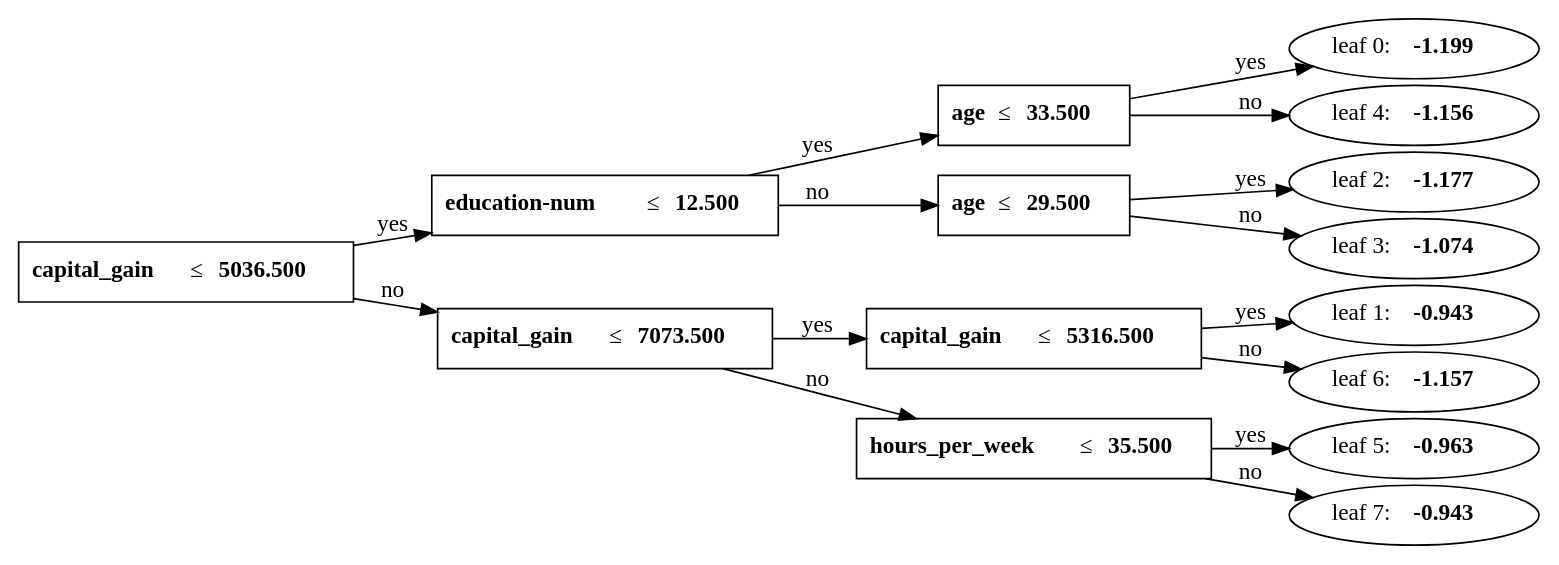
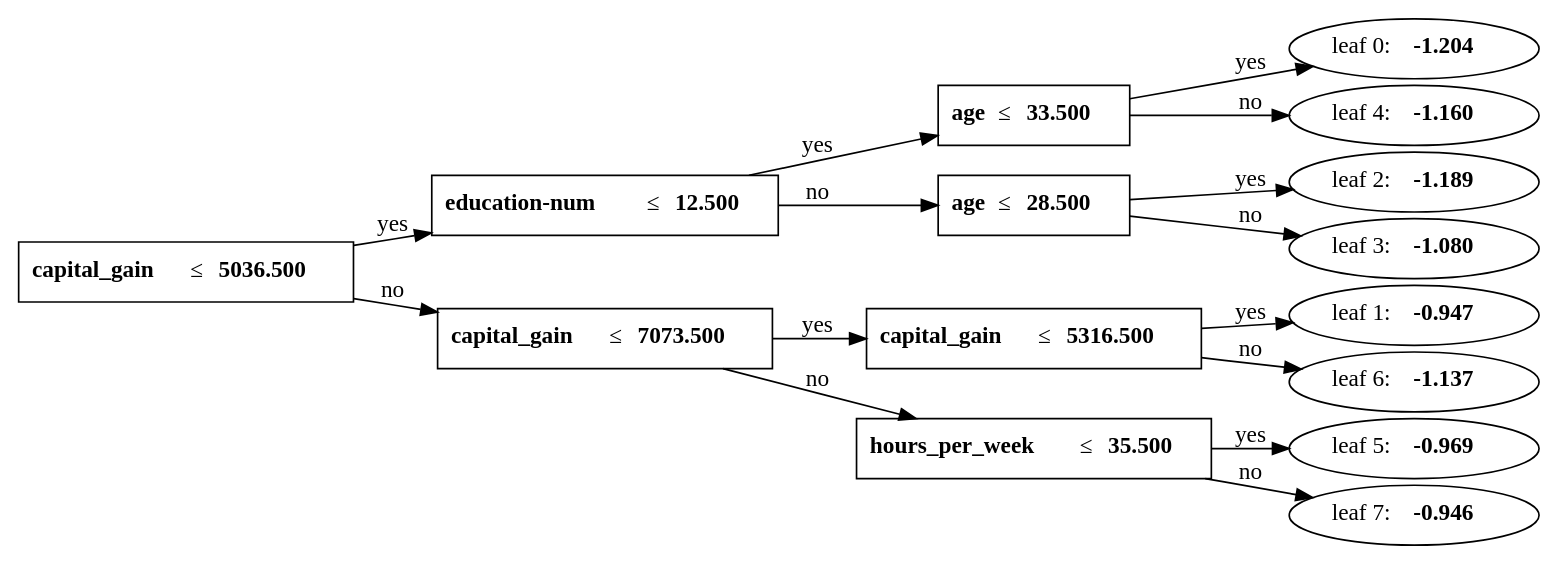
One commit to nrivas2017/HaHa-FakeNews changed the diagram in Example LightGBM/Digraph.gv. Above: the diagram before and after it, drawn with Graphviz. The commit also changed 2 other files, not shown here.

Commit message:
Diagrama de dispersion
Aplicado a solo una noticia por ahora

```diff
--- a/Example LightGBM/Digraph.gv
+++ b/Example LightGBM/Digraph.gv
@@ -1,32 +1,32 @@
 digraph {
 	graph [nodesep=0.05 rankdir=LR ranksep=0.3]
 	split0 [label=<<B>capital_gain</B> &#8804;<B>5036.500</B>> fillcolor=white shape=rectangle style=""]
 	split1 [label=<<B>education-num</B> &#8804;<B>12.500</B>> fillcolor=white shape=rectangle style=""]
 	split3 [label=<<B>age</B> &#8804;<B>33.500</B>> fillcolor=white shape=rectangle style=""]
-	leaf0 [label=<leaf 0: <B>-1.199</B>>]
+	leaf0 [label=<leaf 0: <B>-1.204</B>>]
 	split3 -> leaf0 [label=yes]
-	leaf4 [label=<leaf 4: <B>-1.156</B>>]
+	leaf4 [label=<leaf 4: <B>-1.160</B>>]
 	split3 -> leaf4 [label=no]
 	split1 -> split3 [label=yes]
-	split2 [label=<<B>age</B> &#8804;<B>29.500</B>> fillcolor=white shape=rectangle style=""]
-	leaf2 [label=<leaf 2: <B>-1.177</B>>]
+	split2 [label=<<B>age</B> &#8804;<B>28.500</B>> fillcolor=white shape=rectangle style=""]
+	leaf2 [label=<leaf 2: <B>-1.189</B>>]
 	split2 -> leaf2 [label=yes]
-	leaf3 [label=<leaf 3: <B>-1.074</B>>]
+	leaf3 [label=<leaf 3: <B>-1.080</B>>]
 	split2 -> leaf3 [label=no]
 	split1 -> split2 [label=no]
 	split0 -> split1 [label=yes]
 	split4 [label=<<B>capital_gain</B> &#8804;<B>7073.500</B>> fillcolor=white shape=rectangle style=""]
 	split5 [label=<<B>capital_gain</B> &#8804;<B>5316.500</B>> fillcolor=white shape=rectangle style=""]
-	leaf1 [label=<leaf 1: <B>-0.943</B>>]
+	leaf1 [label=<leaf 1: <B>-0.947</B>>]
 	split5 -> leaf1 [label=yes]
-	leaf6 [label=<leaf 6: <B>-1.157</B>>]
+	leaf6 [label=<leaf 6: <B>-1.137</B>>]
 	split5 -> leaf6 [label=no]
 	split4 -> split5 [label=yes]
 	split6 [label=<<B>hours_per_week</B> &#8804;<B>35.500</B>> fillcolor=white shape=rectangle style=""]
-	leaf5 [label=<leaf 5: <B>-0.963</B>>]
+	leaf5 [label=<leaf 5: <B>-0.969</B>>]
 	split6 -> leaf5 [label=yes]
-	leaf7 [label=<leaf 7: <B>-0.943</B>>]
+	leaf7 [label=<leaf 7: <B>-0.946</B>>]
 	split6 -> leaf7 [label=no]
 	split4 -> split6 [label=no]
 	split0 -> split4 [label=no]
 }
```
